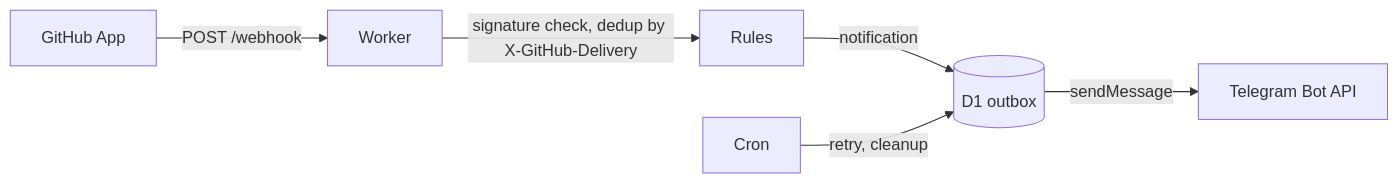
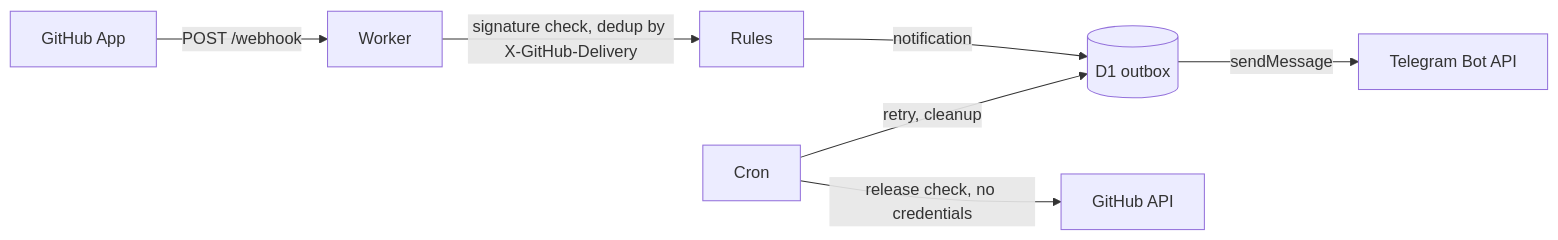
One commit to LarsLaskowski/Seluna changed the diagram in docs/ARCHITECTURE.md. Above: the diagram before and after it, drawn with Mermaid. The commit also changed other lines of this file and 43 other files, not shown here.

````diff
--- a/docs/ARCHITECTURE.md
+++ b/docs/ARCHITECTURE.md
@@ -27,8 +27,9 @@
 ```mermaid
 flowchart LR
   GH[GitHub App] -->|POST /webhook| W[Worker]
   W -->|signature check, dedup by X-GitHub-Delivery| R[Rules]
   R -->|notification| O[(D1 outbox)]
   O -->|sendMessage| T[Telegram Bot API]
   C[Cron] -->|retry, cleanup| O
+  C -->|release check, no credentials| GA[GitHub API]
 ```
````
